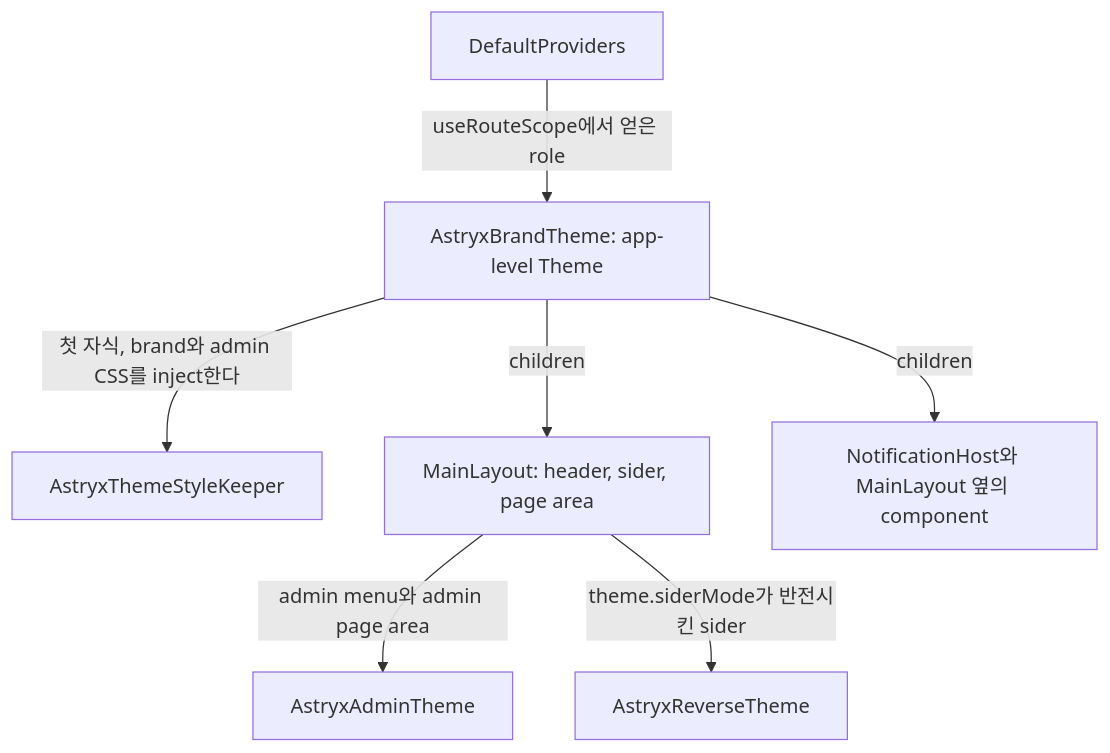
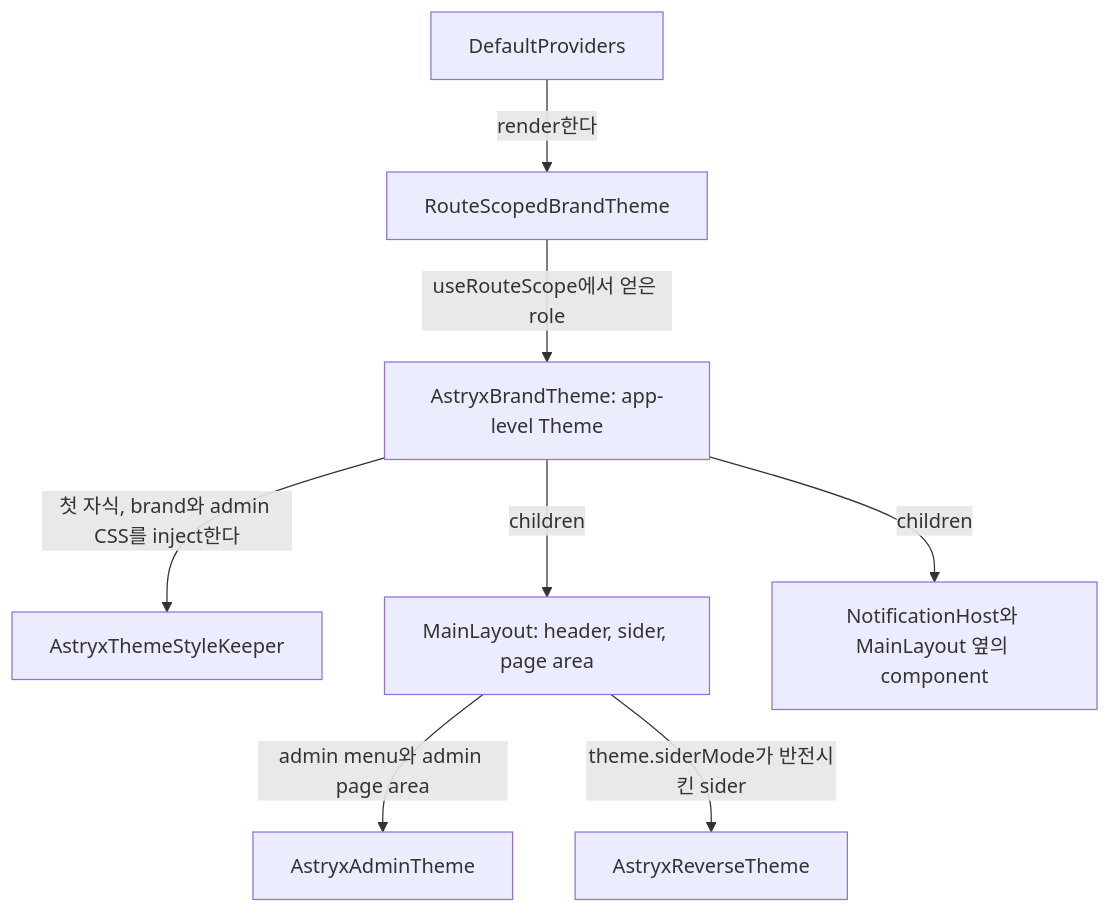
The diagram in docs/adr/0044-app-level-theme-role-from-the-route-scope.ko.md (lablup/backend.ai-webui), drawn with Mermaid before and after one commit. The commit also changed other lines of this file and 9 other files, not shown here.

````diff
--- a/docs/adr/0044-app-level-theme-role-from-the-route-scope.ko.md
+++ b/docs/adr/0044-app-level-theme-role-from-the-route-scope.ko.md
@@ -22,9 +22,10 @@
 ```mermaid
 flowchart TB
-  dp["DefaultProviders"] -- "useRouteScope에서 얻은 role" --> bt["AstryxBrandTheme: app-level Theme"]
+  dp["DefaultProviders"] -- "render한다" --> rs["RouteScopedBrandTheme"]
+  rs -- "useRouteScope에서 얻은 role" --> bt["AstryxBrandTheme: app-level Theme"]
   bt -- "첫 자식, brand와 admin CSS를 inject한다" --> kp["AstryxThemeStyleKeeper"]
   bt -- "children" --> ml["MainLayout: header, sider, page area"]
   bt -- "children" --> ov["NotificationHost와 MainLayout 옆의 component"]
   ml -- "admin menu와 admin page area" --> at["AstryxAdminTheme"]
   ml -- "theme.siderMode가 반전시킨 sider" --> rt["AstryxReverseTheme"]
 ```
````
